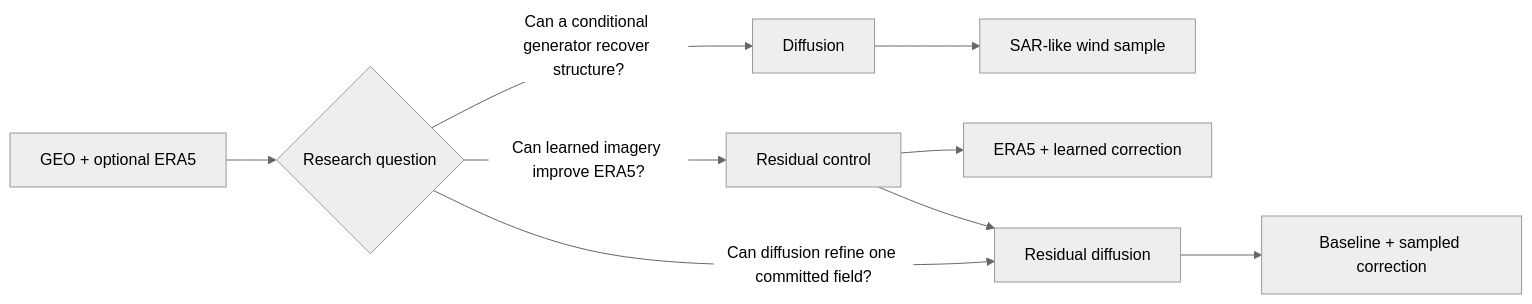
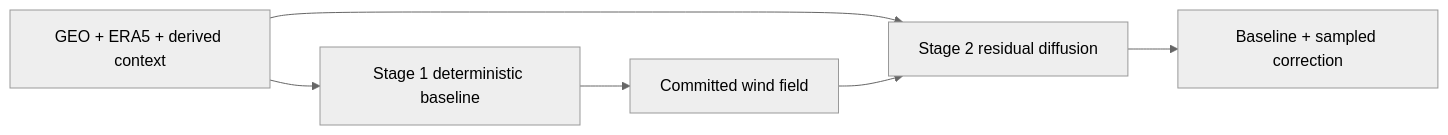
The diagram in docs/models/index.md (simon-donike/geo2wf), drawn with Mermaid (neutral theme) before and after one commit. The commit also changed other lines of this file and 25 other files, not shown here.

````diff
--- a/docs/models/index.md
+++ b/docs/models/index.md
@@ -14,11 +17,8 @@
 ```mermaid
 flowchart LR
-  C[GEO + optional ERA5] --> Q{Research question}
-  Q -->|Can a conditional generator recover structure?| D[Diffusion]
-  Q -->|Can learned imagery improve ERA5?| R[Residual control]
-  Q -->|Can diffusion refine one committed field?| RD[Residual diffusion]
-  D --> Y[SAR-like wind sample]
-  R --> Z[ERA5 + learned correction]
-  R --> RD
-  RD --> W[Baseline + sampled correction]
+  C[GEO + ERA5 + derived context] --> S1[Stage 1 deterministic baseline]
+  S1 --> B[Committed wind field]
+  C --> S2[Stage 2 residual diffusion]
+  B --> S2
+  S2 --> O[Baseline + sampled correction]
 ```
````
